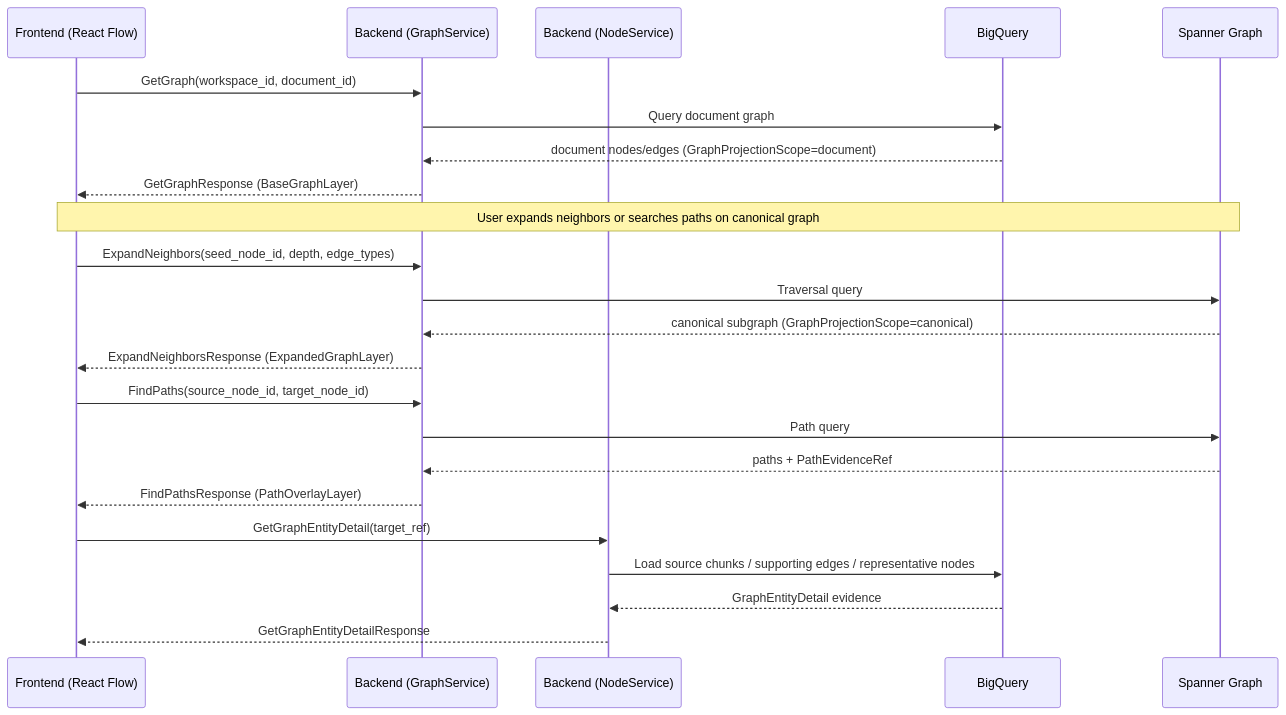
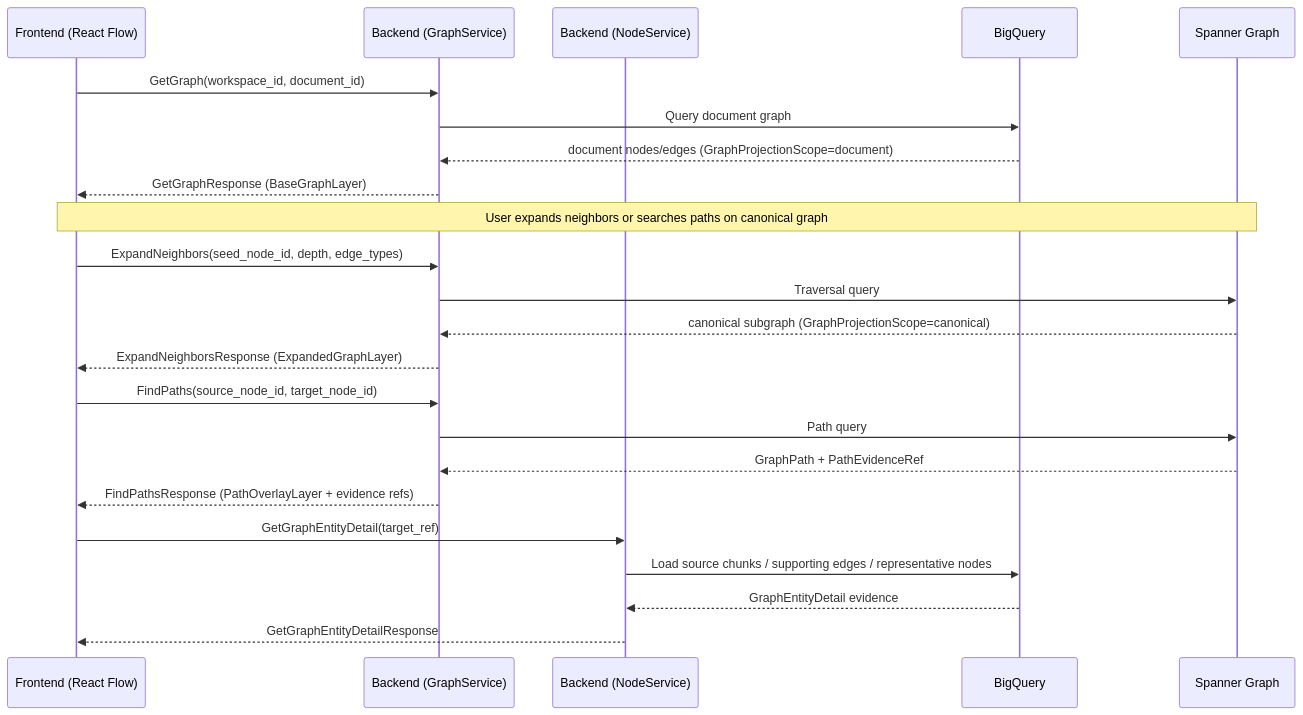
One commit to Keyhole-Koro/ActionRev changed the third of 4 diagrams in initial-specs/specifications/gcp-graph-system/contract/readable/api-flows.md. Above: the diagram before and after it, drawn with Mermaid. The commit also changed 4 other files, not shown here.

Commit message:
feat: Refactor PathEvidenceRef structure and update related API flows for improved clarity and functionality

````diff
--- a/initial-specs/specifications/gcp-graph-system/contract/readable/api-flows.md
+++ b/initial-specs/specifications/gcp-graph-system/contract/readable/api-flows.md
@@ -50,30 +50,30 @@
 ```mermaid
 sequenceDiagram
     participant F as Frontend (React Flow)
     participant G as Backend (GraphService)
     participant N as Backend (NodeService)
     participant BQ as BigQuery
     participant SG as Spanner Graph
 
     F->>G: GetGraph(workspace_id, document_id)
     G->>BQ: Query document graph
     BQ-->>G: document nodes/edges (GraphProjectionScope=document)
     G-->>F: GetGraphResponse (BaseGraphLayer)
     
     Note over F, SG: User expands neighbors or searches paths on canonical graph
     
     F->>G: ExpandNeighbors(seed_node_id, depth, edge_types)
     G->>SG: Traversal query
     SG-->>G: canonical subgraph (GraphProjectionScope=canonical)
     G-->>F: ExpandNeighborsResponse (ExpandedGraphLayer)
 
     F->>G: FindPaths(source_node_id, target_node_id)
     G->>SG: Path query
-    SG-->>G: paths + PathEvidenceRef
-    G-->>F: FindPathsResponse (PathOverlayLayer)
+    SG-->>G: GraphPath + PathEvidenceRef
+    G-->>F: FindPathsResponse (PathOverlayLayer + evidence refs)
 
     F->>N: GetGraphEntityDetail(target_ref)
     N->>BQ: Load source chunks / supporting edges / representative nodes
     BQ-->>N: GraphEntityDetail evidence
     N-->>F: GetGraphEntityDetailResponse
 ```
````
